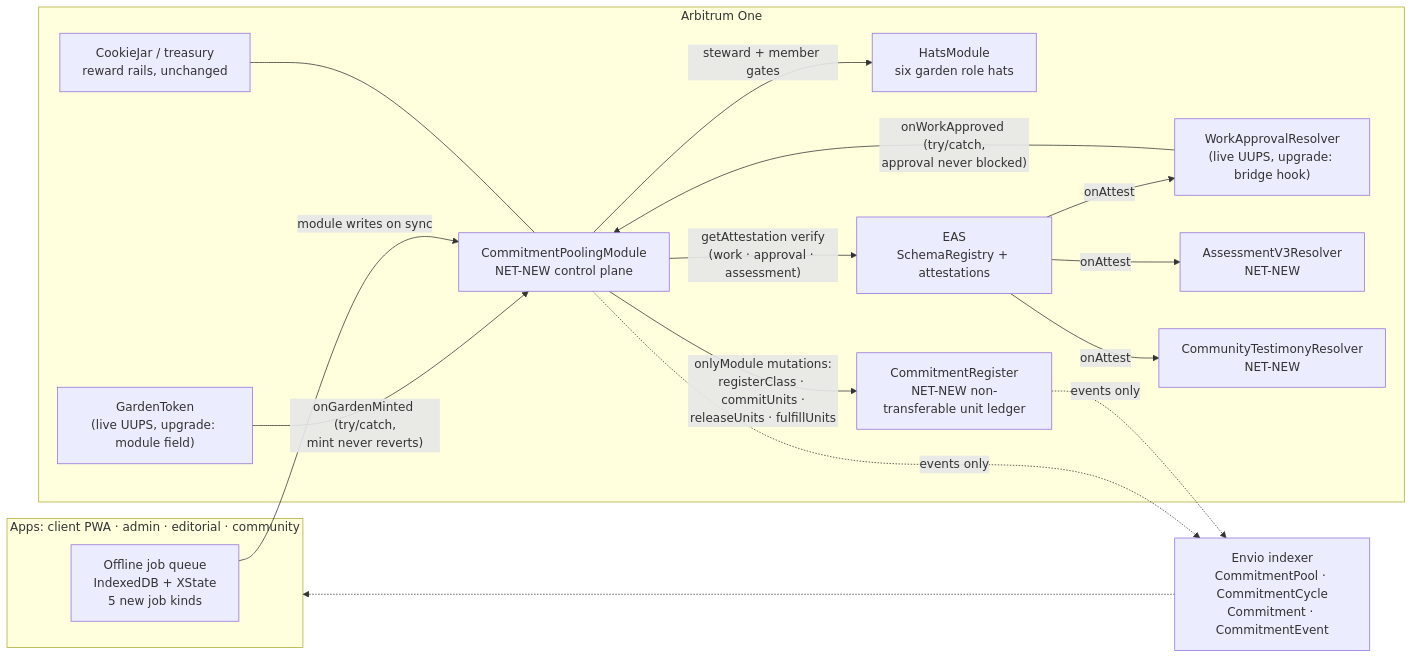
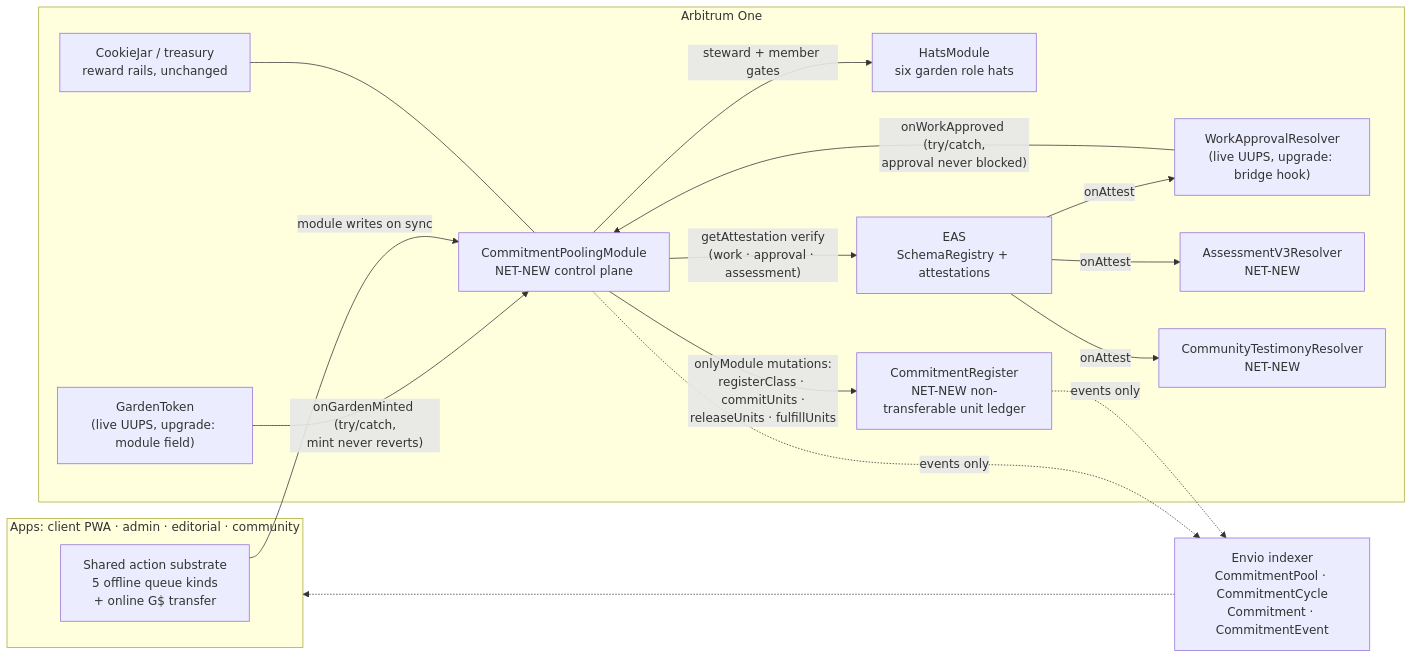
The first of 10 diagrams in .plans/active/commitment-pooling/diagrams.md (greenpill-dev-guild/green-goods), drawn with Mermaid before and after one commit. The commit also changed other lines of this file and 45 other files, not shown here.

Commit message:
fix(shared,client): harden account recovery flow

````diff
--- a/.plans/active/commitment-pooling/diagrams.md
+++ b/.plans/active/commitment-pooling/diagrams.md
@@ -31,34 +31,34 @@
 ```mermaid
 flowchart LR
   subgraph apps["Apps: client PWA · admin · editorial · community"]
-    Q["Offline job queue<br/>IndexedDB + XState<br/>5 new job kinds"]
+    Q["Shared action substrate<br/>5 offline queue kinds<br/>+ online G$ transfer"]
   end
 
   IDX["Envio indexer<br/>CommitmentPool · CommitmentCycle<br/>Commitment · CommitmentEvent"]
 
   subgraph chain["Arbitrum One"]
     GT["GardenToken<br/>(live UUPS, upgrade: module field)"]
     HM["HatsModule<br/>six garden role hats"]
     CPM["CommitmentPoolingModule<br/>NET-NEW control plane"]
     CR["CommitmentRegister<br/>NET-NEW non-transferable unit ledger"]
     WAR["WorkApprovalResolver<br/>(live UUPS, upgrade: bridge hook)"]
     AV3["AssessmentV3Resolver<br/>NET-NEW"]
     CTR["CommunityTestimonyResolver<br/>NET-NEW"]
     EAS["EAS<br/>SchemaRegistry + attestations"]
     JAR["CookieJar / treasury<br/>reward rails, unchanged"]
   end
 
   GT -- "onGardenMinted (try/catch,<br/>mint never reverts)" --> CPM
   CPM -- "onlyModule mutations:<br/>registerClass · commitUnits ·<br/>releaseUnits · fulfillUnits" --> CR
   CPM -- "steward + member gates" --> HM
   EAS -- "onAttest" --> WAR
   EAS -- "onAttest" --> AV3
   EAS -- "onAttest" --> CTR
   WAR -- "onWorkApproved (try/catch,<br/>approval never blocked)" --> CPM
   CPM -- "getAttestation verify<br/>(work · approval · assessment)" --> EAS
   CPM -. "events only" .-> IDX
   CR -. "events only" .-> IDX
   IDX -.-> apps
   Q -- "module writes on sync" --> CPM
   JAR --- CPM
 ```
````
